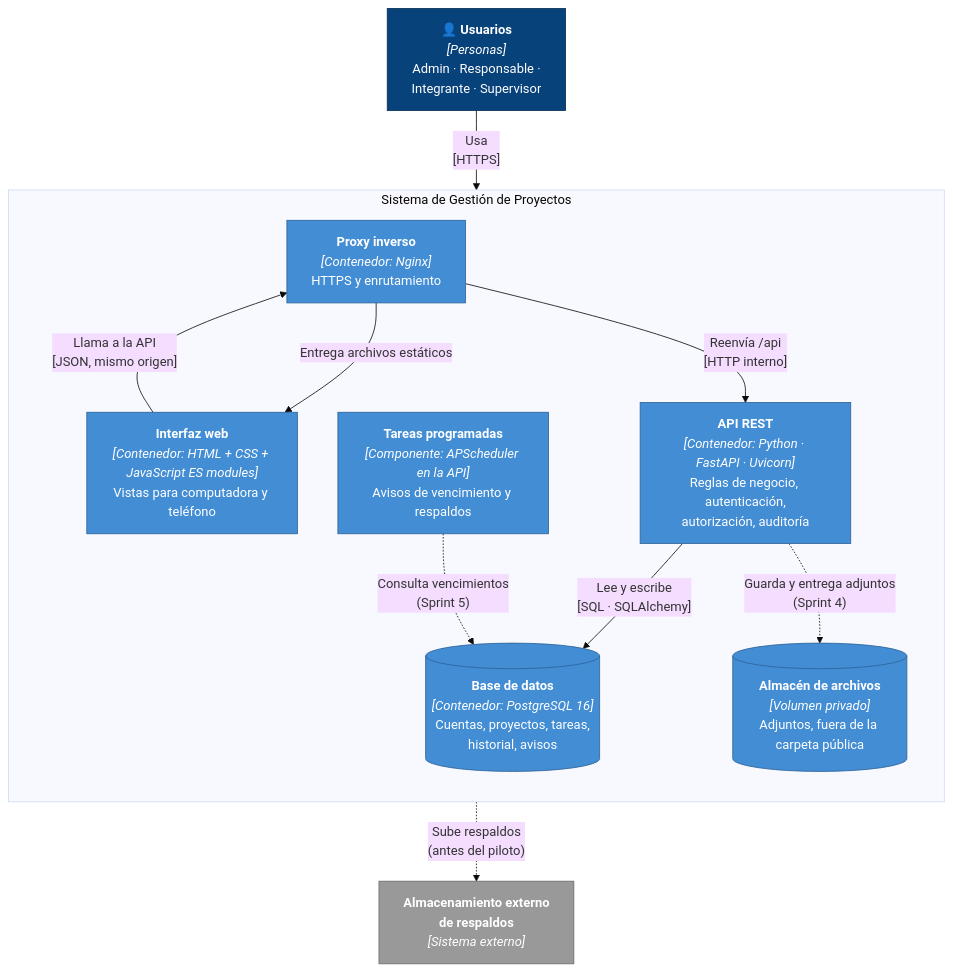
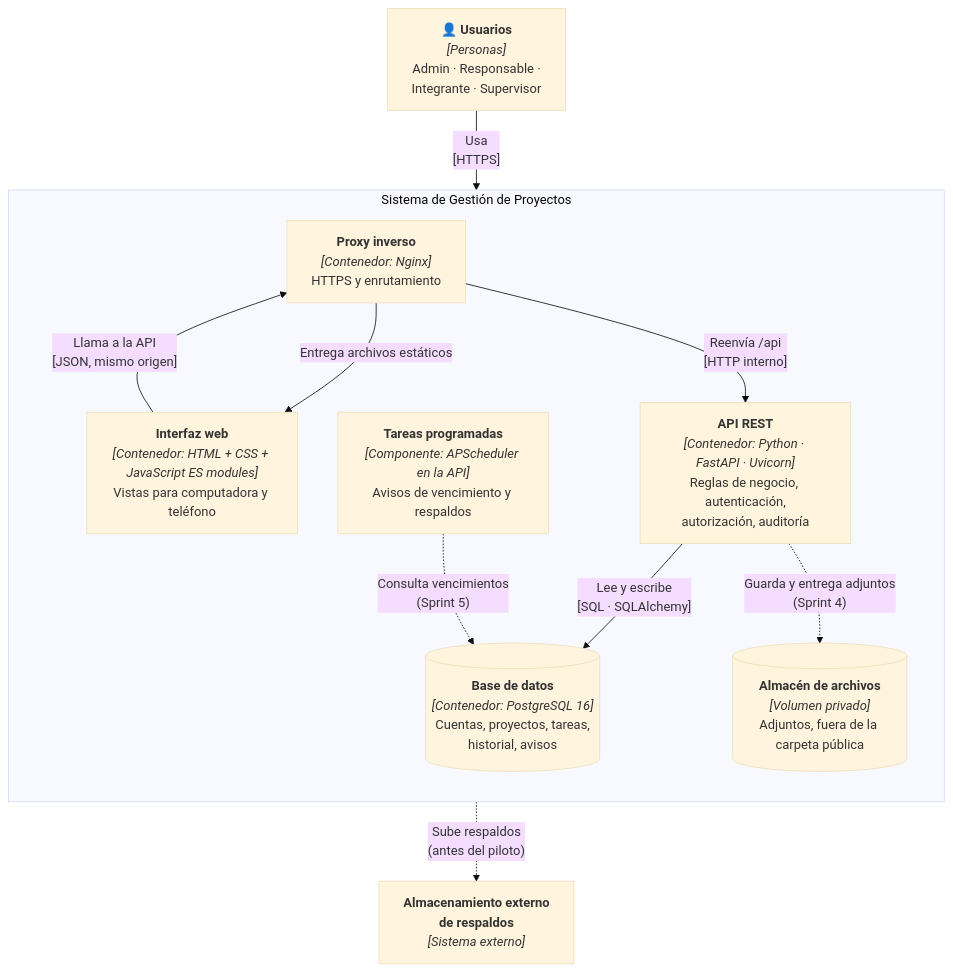
Before and after one commit to FabianReyna17/ProjectManagement: the second of 6 diagrams in docs/Arquitectura_Gestion_Proyectos.md, drawn with Mermaid (base theme). The commit also changed other lines of this file, not shown here.

````diff
--- a/docs/Arquitectura_Gestion_Proyectos.md
+++ b/docs/Arquitectura_Gestion_Proyectos.md
@@ -63,32 +54,25 @@
 ```mermaid
 flowchart TB
     usuario["👤 <b>Usuarios</b><br/><i>[Personas]</i><br/>Admin · Responsable ·<br/>Integrante · Supervisor"]
 
     subgraph SGP["Sistema de Gestión de Proyectos"]
         direction TB
         proxy["<b>Proxy inverso</b><br/><i>[Contenedor: Nginx]</i><br/>HTTPS y enrutamiento"]
         web["<b>Interfaz web</b><br/><i>[Contenedor: HTML + CSS + JavaScript ES modules]</i><br/>Vistas para computadora y teléfono"]
         api["<b>API REST</b><br/><i>[Contenedor: Python · FastAPI · Uvicorn]</i><br/>Reglas de negocio, autenticación,<br/>autorización, auditoría"]
         sched["<b>Tareas programadas</b><br/><i>[Componente: APScheduler en la API]</i><br/>Avisos de vencimiento y respaldos"]
         db[("<b>Base de datos</b><br/><i>[Contenedor: PostgreSQL 16]</i><br/>Cuentas, proyectos, tareas,<br/>historial, avisos")]
         files[("<b>Almacén de archivos</b><br/><i>[Volumen privado]</i><br/>Adjuntos, fuera de la carpeta pública")]
     end
 
     backup["<b>Almacenamiento externo<br/>de respaldos</b><br/><i>[Sistema externo]</i>"]
 
     usuario -- "Usa<br/>[HTTPS]" --> proxy
     proxy -- "Entrega archivos estáticos" --> web
     web -- "Llama a la API<br/>[JSON, mismo origen]" --> proxy
     proxy -- "Reenvía /api<br/>[HTTP interno]" --> api
     api -- "Lee y escribe<br/>[SQL · SQLAlchemy]" --> db
     api -. "Guarda y entrega adjuntos<br/>(Sprint 4)" .-> files
     sched -. "Consulta vencimientos<br/>(Sprint 5)" .-> db
     sched -. "Sube respaldos<br/>(antes del piloto)" .-> backup
-
-    classDef persona fill:#08427b,stroke:#052e56,color:#fff
-    classDef cont fill:#438dd5,stroke:#2e6295,color:#fff
-    classDef externo fill:#999999,stroke:#6b6b6b,color:#fff
-    class usuario persona
-    class proxy,web,api,sched,db,files cont
-    class backup externo
 ```
````
